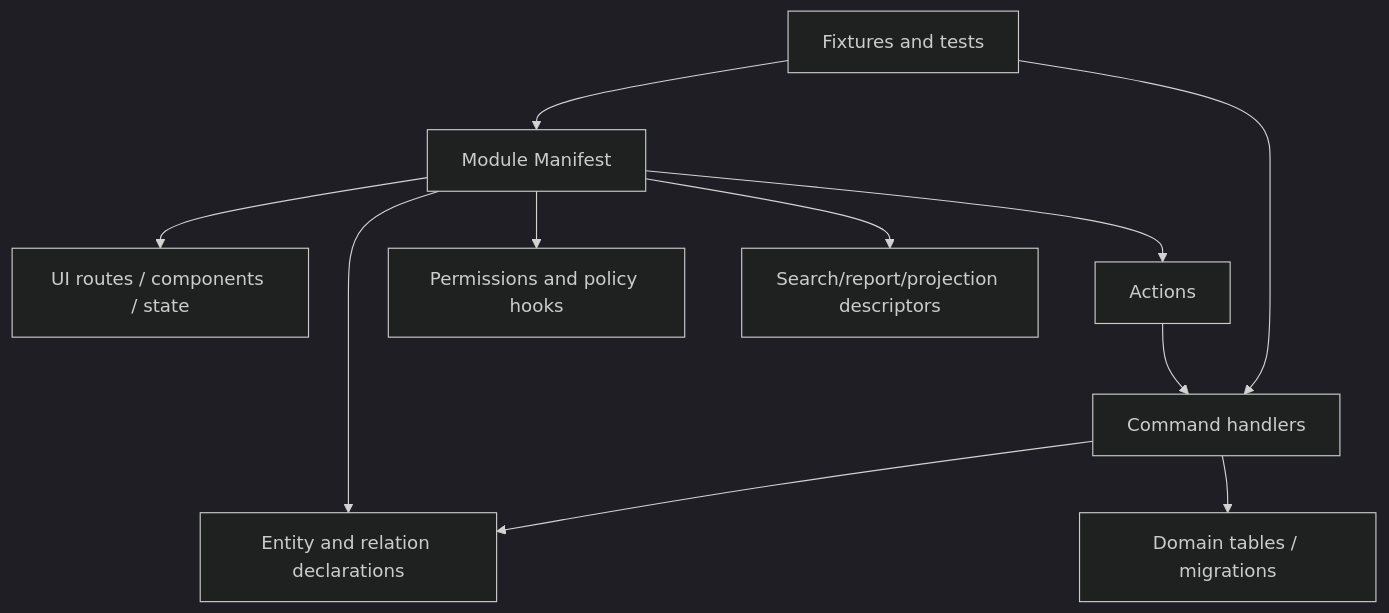
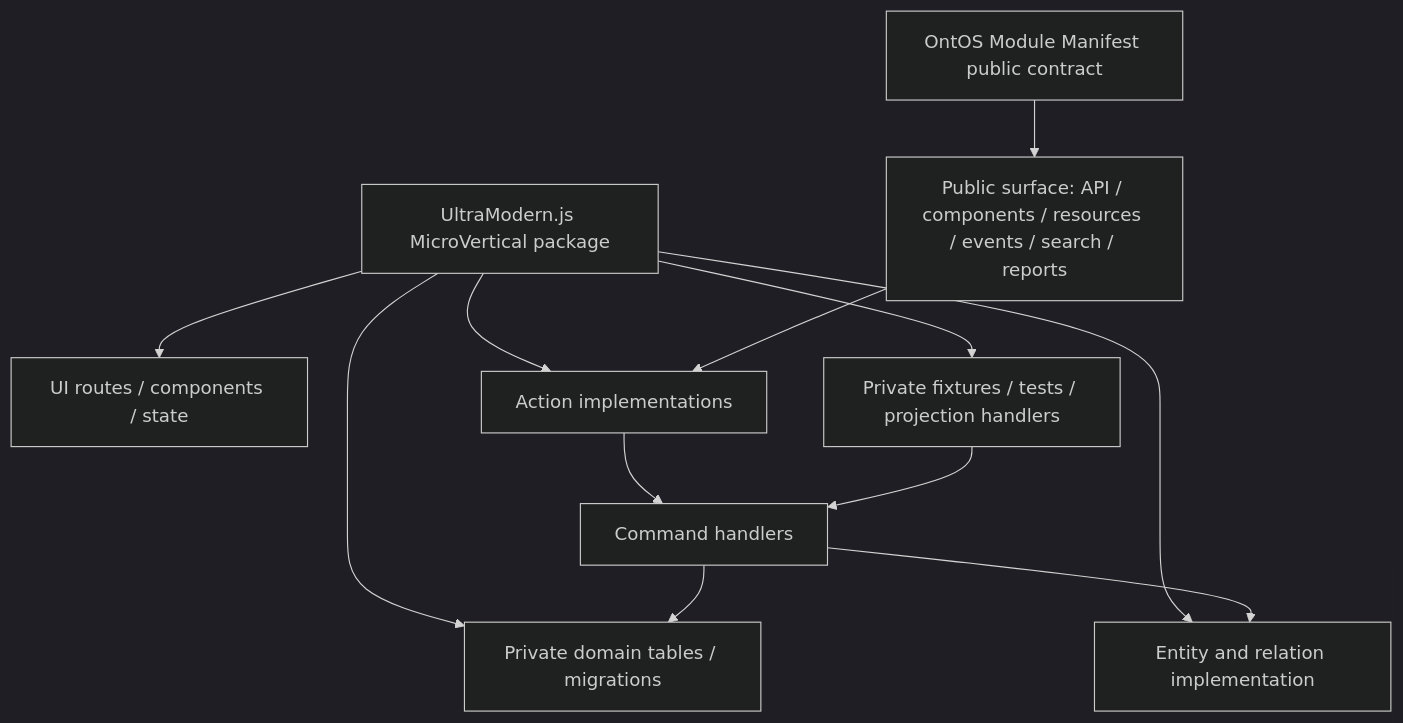
Before and after one commit to TechsioCZ/ontos: the diagram in diagrams/c4-L3-microvertical.md, drawn with Mermaid (dark theme). The commit also changed other lines of this file and 32 other files, not shown here.

````diff
--- a/diagrams/c4-L3-microvertical.md
+++ b/diagrams/c4-L3-microvertical.md
@@ -3,23 +3,24 @@
 ```mermaid
 flowchart TB
-  manifest[Module Manifest]
+  manifest[OntOS Module Manifest public contract]
+  public[Public surface: API / components / resources / events / search / reports]
+  package[UltraModern.js MicroVertical package]
   ui[UI routes / components / state]
-  actions[Actions]
+  actions[Action implementations]
   handlers[Command handlers]
-  domain[Domain tables / migrations]
-  ontology[Entity and relation declarations]
-  perms[Permissions and policy hooks]
-  proj[Search/report/projection descriptors]
-  tests[Fixtures and tests]
+  domain[Private domain tables / migrations]
+  ontology[Entity and relation implementation]
+  internal[Private fixtures / tests / projection handlers]
 
-  manifest --> ui
-  manifest --> actions
-  manifest --> ontology
-  manifest --> perms
-  manifest --> proj
+  manifest --> public
+  package --> ui
+  package --> actions
+  package --> domain
+  package --> ontology
+  package --> internal
+  public --> actions
   actions --> handlers
   handlers --> domain
   handlers --> ontology
-  tests --> manifest
-  tests --> handlers
+  internal --> handlers
 ```
````
